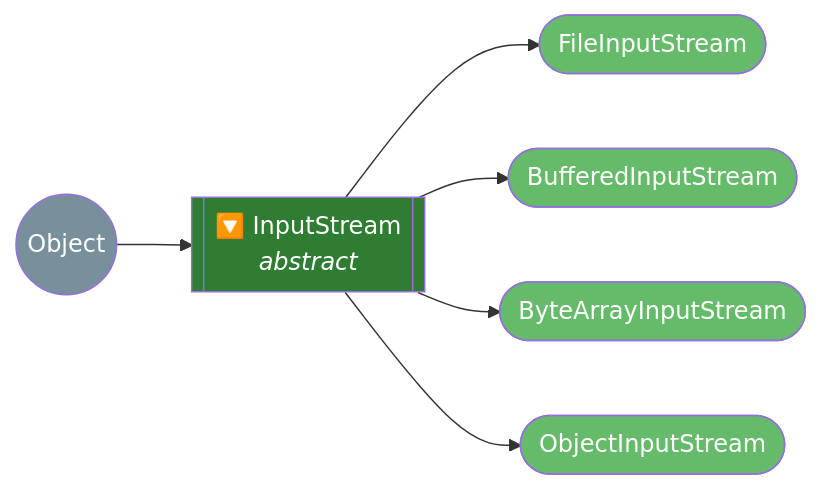
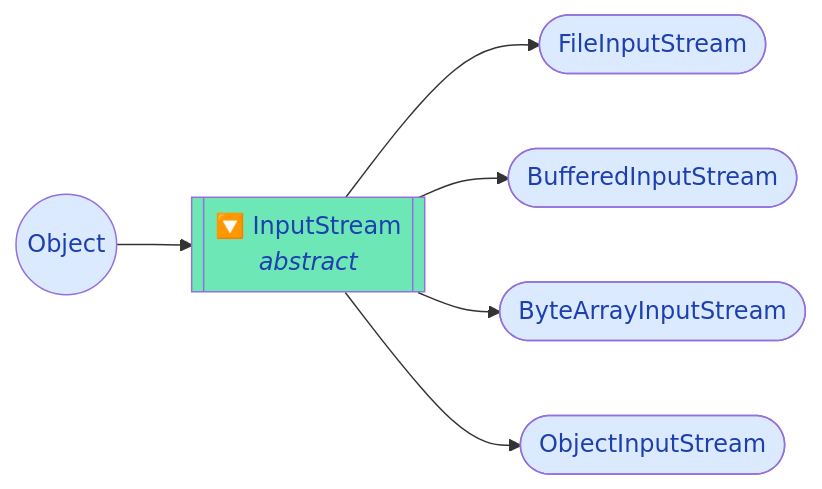
Before and after one commit to saivamsikaruturi/vamsilabs-dev-notes-main: the fourth of 5 diagrams in docs/java/FileHandling.md, drawn with Mermaid. The commit also changed other lines of this file and 220 other files, not shown here.

First line of the commit message:
Add 50+ new Java/Spring Boot pages, rewrite CSS code blocks to Oracle style, fix all diagram colors

````diff
--- a/docs/java/FileHandling.md
+++ b/docs/java/FileHandling.md
@@ -424,15 +424,15 @@
 ```mermaid
 flowchart LR
     O3(("Object")) --> InStr[["🔽 InputStream<br/><i>abstract</i>"]]
     InStr --> FIS2(["FileInputStream"])
     InStr --> BIS2(["BufferedInputStream"])
     InStr --> BAIS(["ByteArrayInputStream"])
     InStr --> OIS(["ObjectInputStream"])
 
-    style O3 fill:#78909C,color:#fff
-    style InStr fill:#2E7D32,color:#fff
-    style FIS2 fill:#66BB6A,color:#fff
-    style BIS2 fill:#66BB6A,color:#fff
-    style BAIS fill:#66BB6A,color:#fff
-    style OIS fill:#66BB6A,color:#fff
+    style O3 fill:#DBEAFE,color:#1E40AF
+    style InStr fill:#6EE7B7,color:#1E40AF
+    style FIS2 fill:#DBEAFE,color:#1E40AF
+    style BIS2 fill:#DBEAFE,color:#1E40AF
+    style BAIS fill:#DBEAFE,color:#1E40AF
+    style OIS fill:#DBEAFE,color:#1E40AF
 ```
````
